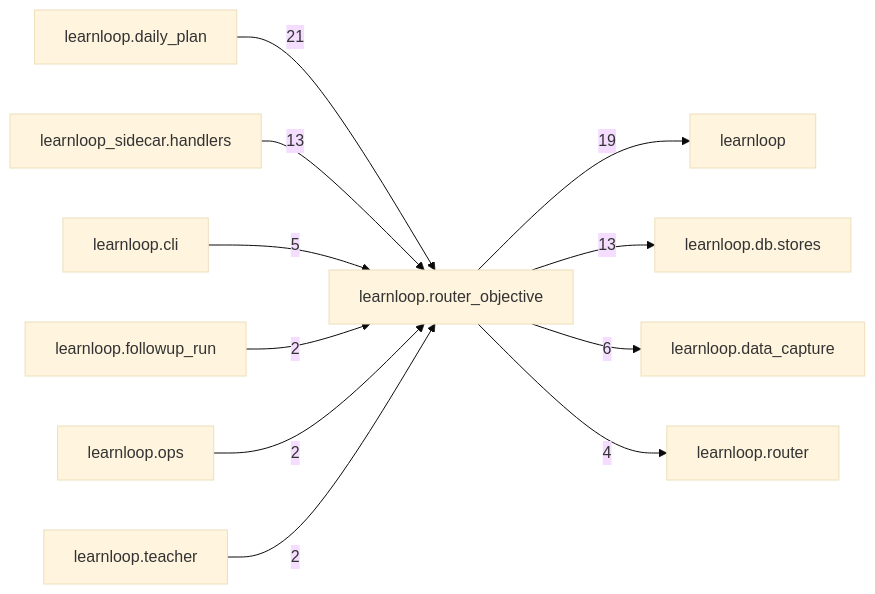
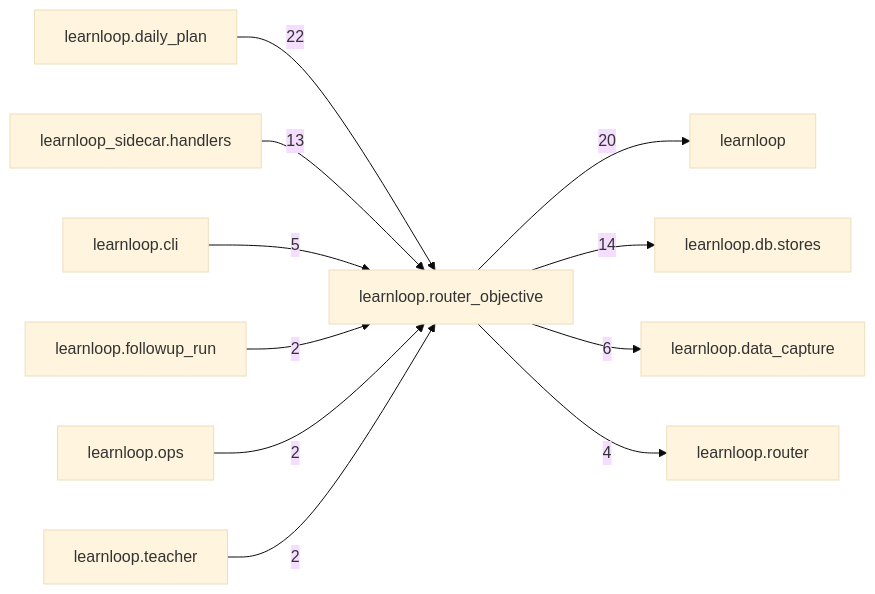
Before and after one commit to 6up-b/learnanything: the diagram in docs/learnloop-architecture-vault/Reference/Modules/learnloop/router_objective/_package.md, drawn with Mermaid (base theme). The commit also changed other lines of this file and 509 other files, not shown here.

Commit message:
Router objective follow-ups landing, references: the architecture reference regenerated on the merged tree (DB and configuration reference, 1178 effective leaves, head 247; desktop and module catalogs; vault validated)

````diff
--- a/docs/learnloop-architecture-vault/Reference/Modules/learnloop/router_objective/_package.md
+++ b/docs/learnloop-architecture-vault/Reference/Modules/learnloop/router_objective/_package.md
@@ -136,24 +138,24 @@
 ```mermaid
 flowchart LR
     center["learnloop.router_objective"]
     n_learnloop_daily_plan["learnloop.daily_plan"]
     n_learnloop["learnloop"]
     n_learnloop_db_stores["learnloop.db.stores"]
     n_learnloop_sidecar_handlers["learnloop_sidecar.handlers"]
     n_learnloop_data_capture["learnloop.data_capture"]
     n_learnloop_cli["learnloop.cli"]
     n_learnloop_router["learnloop.router"]
     n_learnloop_followup_run["learnloop.followup_run"]
     n_learnloop_ops["learnloop.ops"]
     n_learnloop_teacher["learnloop.teacher"]
-    n_learnloop_daily_plan -->|21| center
-    center -->|19| n_learnloop
-    center -->|13| n_learnloop_db_stores
+    n_learnloop_daily_plan -->|22| center
+    center -->|20| n_learnloop
+    center -->|14| n_learnloop_db_stores
     n_learnloop_sidecar_handlers -->|13| center
     center -->|6| n_learnloop_data_capture
     n_learnloop_cli -->|5| center
     center -->|4| n_learnloop_router
     n_learnloop_followup_run -->|2| center
     n_learnloop_ops -->|2| center
     n_learnloop_teacher -->|2| center
 ```
````
